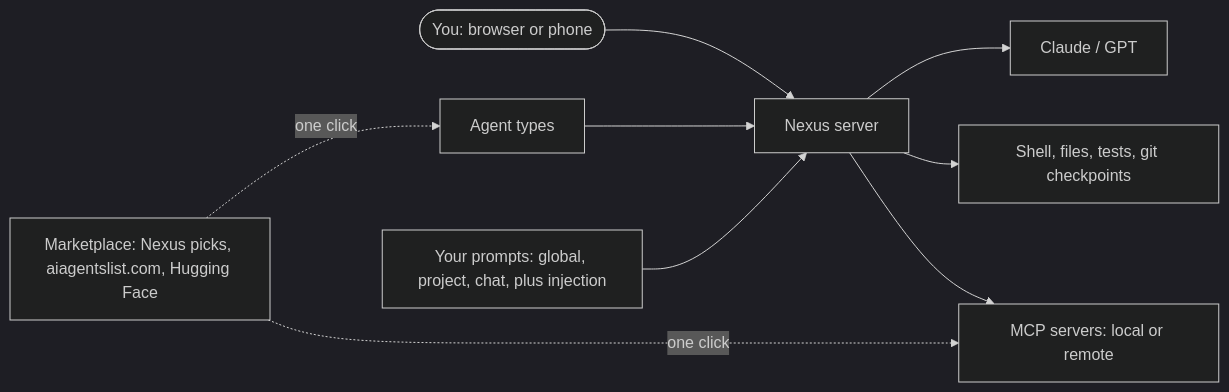
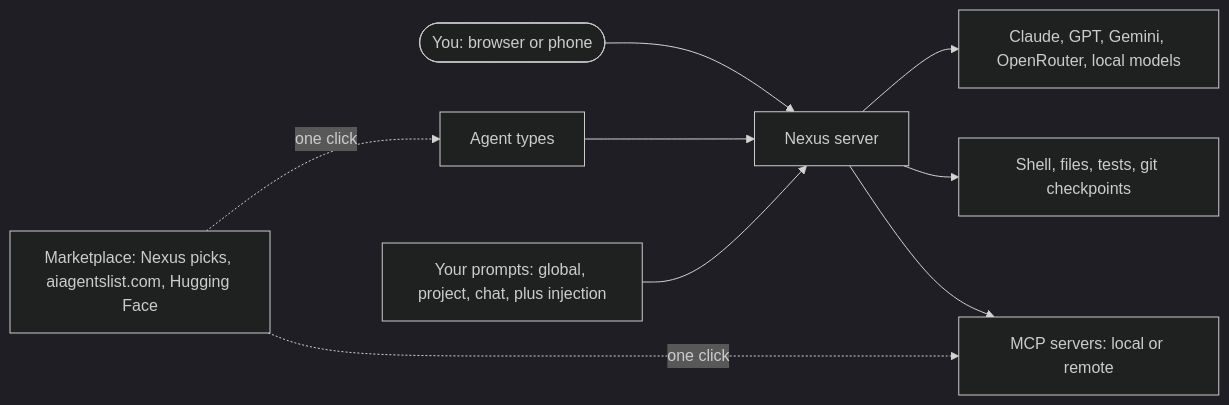
Before and after one commit to glsoo/nexus: the diagram in README.md, drawn with Mermaid (dark theme). The commit also changed other lines of this file, not shown here.

Commit message:
README: sell autopilot, any model, costs, parallel branches, schedules, push and the GitHub flow

````diff
--- a/README.md
+++ b/README.md
@@ -84,11 +127,11 @@
 ```mermaid
 flowchart LR
   you(["You: browser or phone"]) --> nexus["Nexus server"]
-  nexus --> models["Claude / GPT"]
+  nexus --> models["Claude, GPT, Gemini, OpenRouter, local models"]
   nexus --> tools["Shell, files, tests, git checkpoints"]
   nexus --> mcp["MCP servers: local or remote"]
   market["Marketplace: Nexus picks, aiagentslist.com, Hugging Face"] -. one click .-> agents["Agent types"]
   market -. one click .-> mcp
   agents --> nexus
   prompts["Your prompts: global, project, chat, plus injection"] --> nexus
 ```
````
